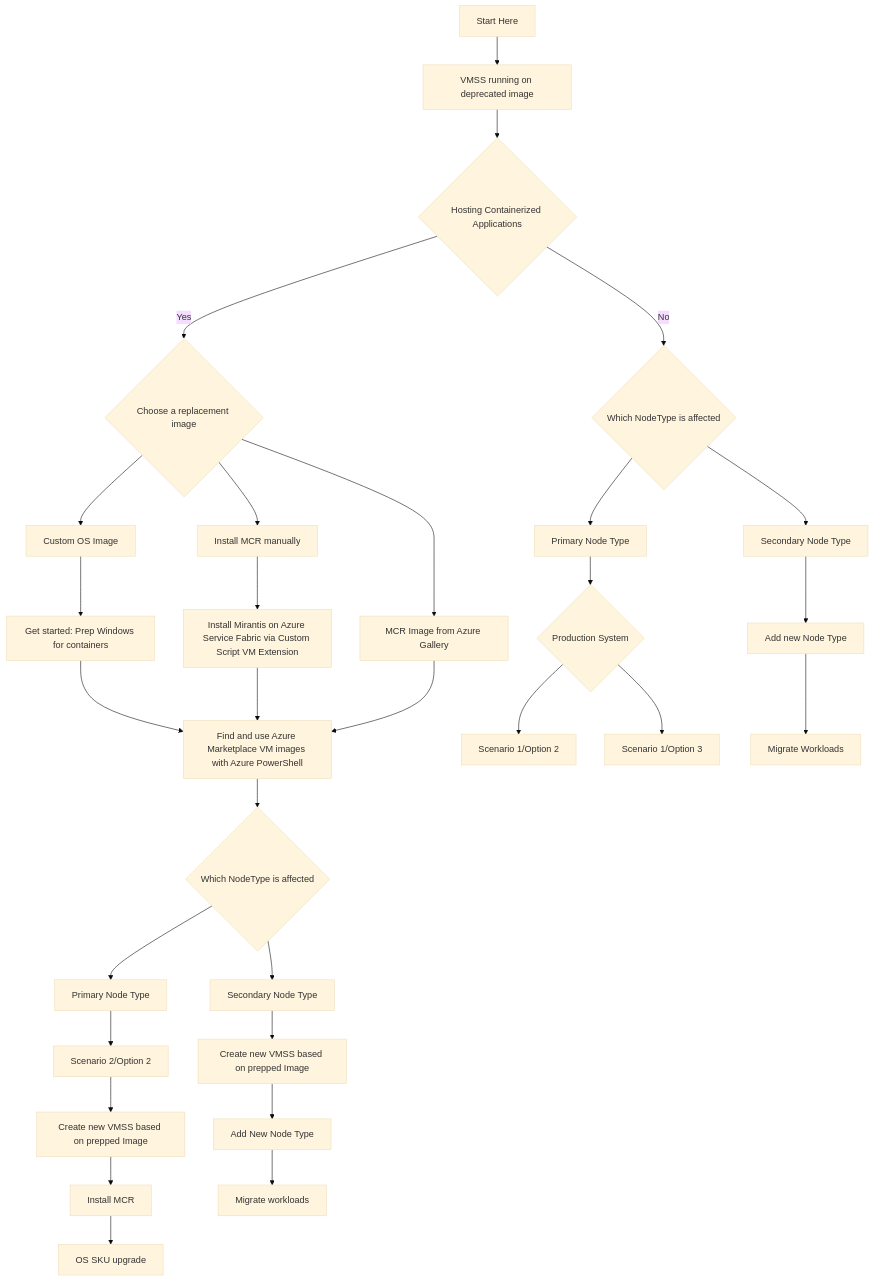
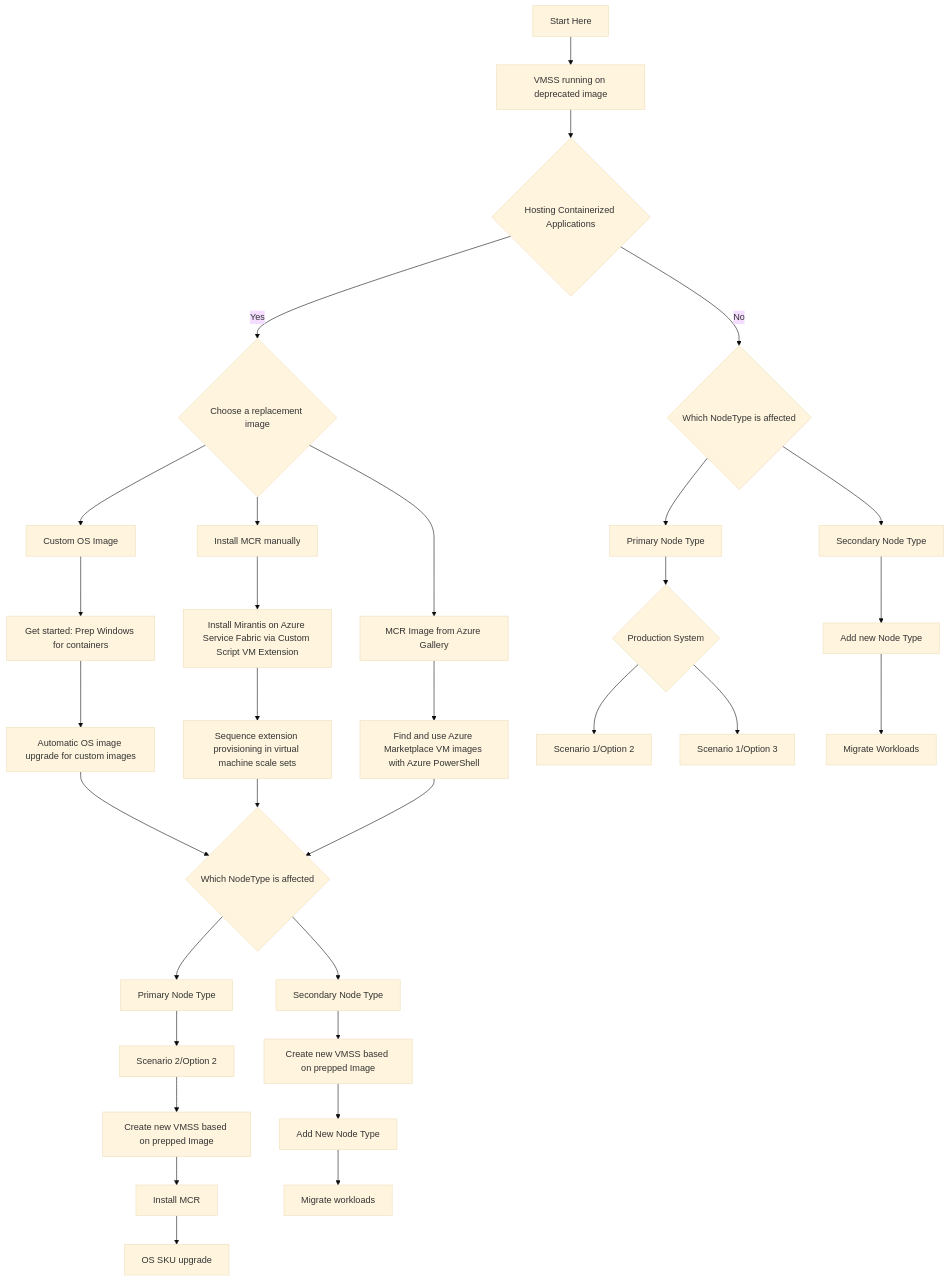
One commit to Azure/Service-Fabric-Troubleshooting-Guides changed the diagram in Deployment/MirantisDecisionGraph.md. Above: the diagram before and after it, drawn with Mermaid (base theme).

````diff
--- a/Deployment/MirantisDecisionGraph.md
+++ b/Deployment/MirantisDecisionGraph.md
@@ -1,27 +1,29 @@
 ```mermaid
 graph TD;
     A[Start Here] --> Decision1[VMSS running on deprecated image] 
     Decision1 --> HostingContainerDecision{Hosting Containerized Applications}    
     HostingContainerDecision -->|Yes| PickReplacementOption{Choose a replacement image}
     HostingContainerDecision -->|No| NodeTypeDecision2{Which NodeType is affected}
     PickReplacementOption --> CustomOSImage[Custom OS Image]    
     PickReplacementOption --> ManualInstallImage[Install MCR manually]
     PickReplacementOption --> MirantisGalleryImage[MCR Image from Azure Gallery]
-    CustomOSImage --> PrepNewImageStep1[Get started: Prep Windows for containers] --> NewImageIsPrepped[Automatic OS image upgrade for custom images]
-    ManualInstallImage --> ManualInstallStep1[Install Mirantis on Azure Service Fabric via Custom Script VM Extension] --> NewImageIsPrepped[Sequence extension provisioning in virtual machine scale sets]
-    MirantisGalleryImage --> NewImageIsPrepped[Find and use Azure Marketplace VM images with Azure PowerShell]
-    NewImageIsPrepped --> NodeTypeDecision1{Which NodeType is affected}
+    CustomOSImage --> PrepNewImageStep1[Get started: Prep Windows for containers] --> NewImageIsPrepped1[Automatic OS image upgrade for custom images]
+    ManualInstallImage --> ManualInstallStep1[Install Mirantis on Azure Service Fabric via Custom Script VM Extension] --> NewImageIsPrepped2[Sequence extension provisioning in virtual machine scale sets]
+    MirantisGalleryImage --> NewImageIsPrepped3[Find and use Azure Marketplace VM images with Azure PowerShell]
+    NewImageIsPrepped1 --> NodeTypeDecision1{Which NodeType is affected}
+    NewImageIsPrepped2 --> NodeTypeDecision1{Which NodeType is affected}
+    NewImageIsPrepped3 --> NodeTypeDecision1{Which NodeType is affected}
     NodeTypeDecision1 --> YesHostingContainersPrimary[Primary Node Type]
     NodeTypeDecision1 --> YesHostingContainersSecondary[Secondary Node Type]
     NodeTypeDecision2 --> NoHostingContainersPrimary[Primary Node Type]
     NodeTypeDecision2 --> NoHostingContainersSecondary[Secondary Node Type]
     NoHostingContainersPrimary --> IsProductionDecision{Production System}
     IsProductionDecision --> K[Scenario 1/Option 2]
     IsProductionDecision --> L[Scenario 1/Option 3]
     NoHostingContainersSecondary --> AddNodeType1[Add new Node Type]
     AddNodeType1 --> MigrateWorkloads1[Migrate Workloads]
     YesHostingContainersPrimary --> HostingPrepImagePrimary[Scenario 2/Option 2]
     HostingPrepImagePrimary --> HostingPrepImagePrimaryStep1[Create new VMSS based on prepped Image] --> HostingPrepImagePrimaryStep2[Install MCR] --> HostingPrepImagePrimaryStep3[OS SKU upgrade]
     YesHostingContainersSecondary --> HostingPrepImageSecondaryStep1[Create new VMSS based on prepped Image] --> AddNodeType2[Add New Node Type]
     AddNodeType2 --> MigrateWorkloads2[Migrate workloads]
 ```
````
